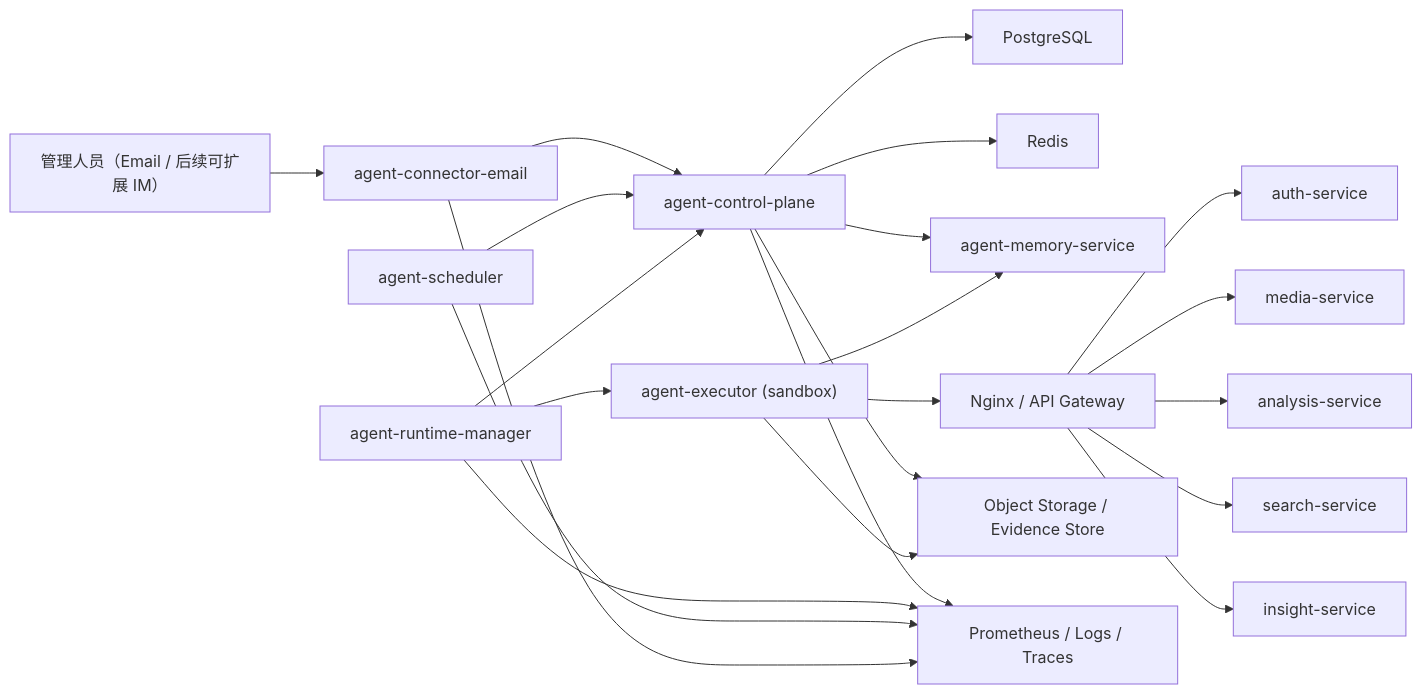
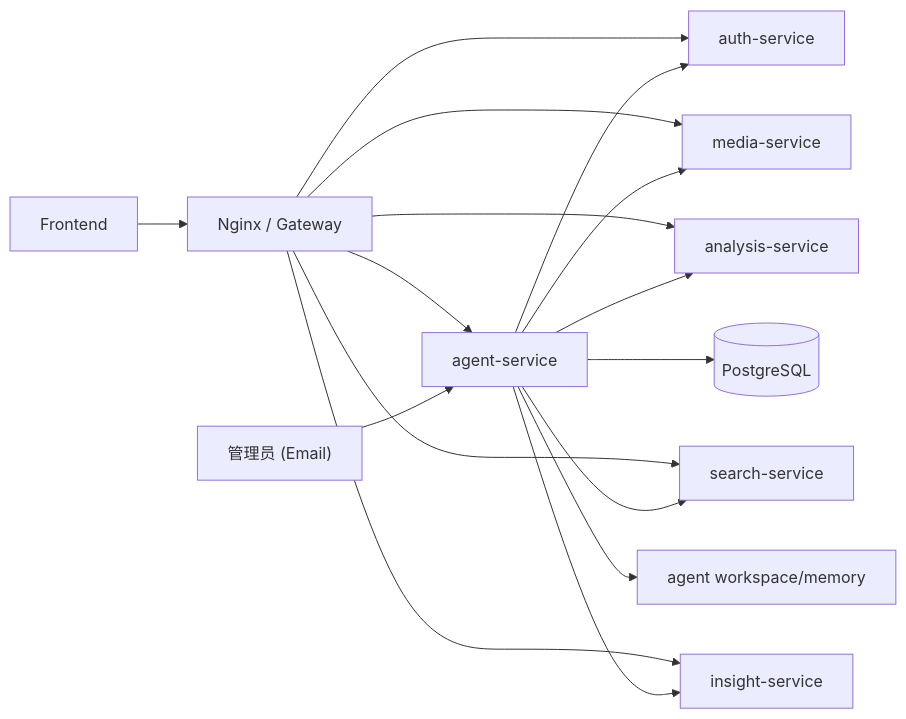
One commit to chenwu9927/Urban-Insight-A-Smart-PAR-Recognition-System changed the diagram in docs/agent-ops-design.md. Above: the diagram before and after it, drawn with Mermaid. The commit also changed other lines of this file and 130 other files, not shown here.

````diff
--- a/docs/agent-ops-design.md
+++ b/docs/agent-ops-design.md
@@ -152,24 +37,18 @@
 ```mermaid
 flowchart LR
-    Manager["管理人员（Email / 后续可扩展 IM）"] --> Email["agent-connector-email"]
-    Email --> Control["agent-control-plane"]
-    Scheduler["agent-scheduler"] --> Control
-    Control --> DB["PostgreSQL"]
-    Control --> Redis["Redis"]
-    Runtime["agent-runtime-manager"] --> Control
-    Runtime --> Exec["agent-executor (sandbox)"]
-    Control --> Memory["agent-memory-service"]
-    Exec --> Memory
-    Exec --> Gateway["Nginx / API Gateway"]
-    Gateway --> Auth["auth-service"]
-    Gateway --> Media["media-service"]
-    Gateway --> Analysis["analysis-service"]
-    Gateway --> Search["search-service"]
-    Gateway --> Insight["insight-service"]
-    Control --> Obj["Object Storage / Evidence Store"]
-    Exec --> Obj
-    Control --> Prom["Prometheus / Logs / Traces"]
-    Runtime --> Prom
-    Scheduler --> Prom
-    Email --> Prom
+    Manager["管理员 (Email)"] --> Agent["agent-service"]
+    Agent --> Auth["auth-service"]
+    Agent --> Media["media-service"]
+    Agent --> Analysis["analysis-service"]
+    Agent --> Search["search-service"]
+    Agent --> Insight["insight-service"]
+    Agent --> PG[(PostgreSQL)]
+    Agent --> Workspace["agent workspace/memory"]
+    Frontend["Frontend"] --> Gateway["Nginx / Gateway"]
+    Gateway --> Auth
+    Gateway --> Media
+    Gateway --> Analysis
+    Gateway --> Search
+    Gateway --> Insight
+    Gateway --> Agent
 ```
````
